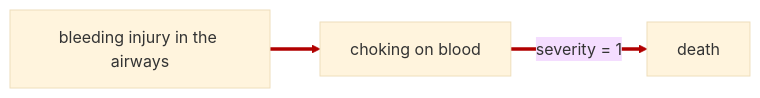
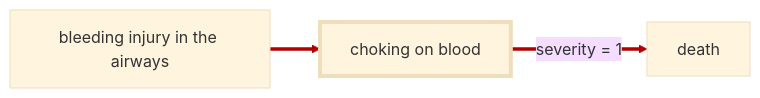
Diagram 12 of 28 in README.md (frederik-hoeft/rimworld-more-injuries), drawn with Mermaid (base theme) before and after one commit. The commit also changed other lines of this file and 14 other files, not shown here.

````diff
--- a/README.md
+++ b/README.md
@@ -558,12 +567,13 @@
 ```mermaid
 ---
 config:
   flowchart:
     htmlLabels: true
 ---
 flowchart LR
   bleeding[bleeding injury in the airways] ==> choking_on_blood[choking on blood]
   choking_on_blood ==> | severity = 1 | death[death]
 
   linkStyle 0,1 stroke: #b10000
+  style choking_on_blood stroke-width: 4px
 ```
````
